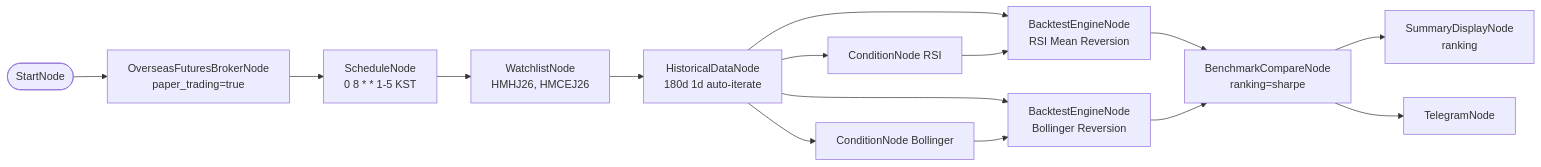
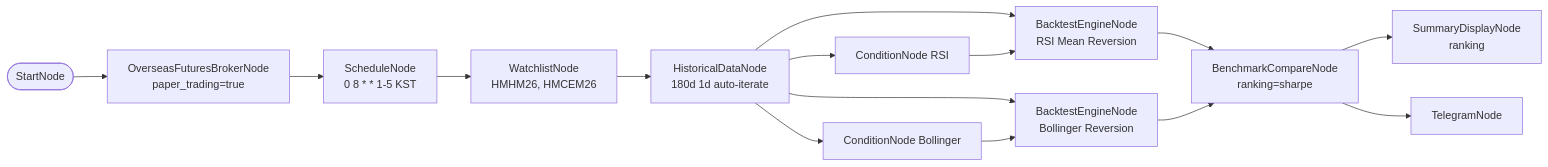
One commit to programgarden/programgarden changed the diagram in src/programgarden/examples/workflows/84-hkex-backtest-schedule-report.md. Above: the diagram before and after it, drawn with Mermaid. The commit also changed 11 other files, not shown here.

````diff
--- a/src/programgarden/examples/workflows/84-hkex-backtest-schedule-report.md
+++ b/src/programgarden/examples/workflows/84-hkex-backtest-schedule-report.md
@@ -38,21 +38,21 @@
 ```mermaid
 flowchart LR
     start([StartNode]) --> broker[OverseasFuturesBrokerNode<br/>paper_trading=true]
     broker --> schedule[ScheduleNode<br/>0 8 * * 1-5 KST]
-    schedule --> watchlist[WatchlistNode<br/>HMHJ26, HMCEJ26]
+    schedule --> watchlist[WatchlistNode<br/>HMHM26, HMCEM26]
     watchlist --> historical[HistoricalDataNode<br/>180d 1d auto-iterate]
 
     historical --> rsi[ConditionNode RSI]
     historical --> boll[ConditionNode Bollinger]
 
     historical --> btrsi[BacktestEngineNode<br/>RSI Mean Reversion]
     rsi --> btrsi
     historical --> btboll[BacktestEngineNode<br/>Bollinger Reversion]
     boll --> btboll
 
     btrsi --> bench[BenchmarkCompareNode<br/>ranking=sharpe]
     btboll --> bench
 
     bench --> summary[SummaryDisplayNode<br/>ranking]
     bench --> telegram[TelegramNode]
 ```
````
